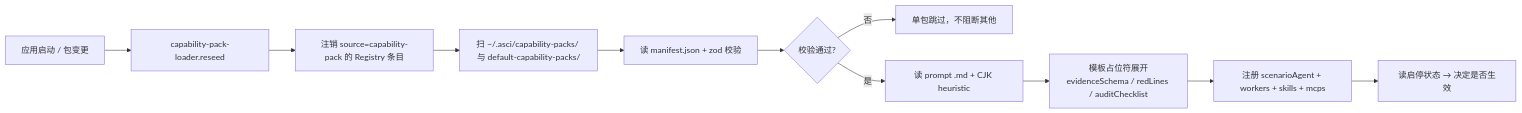
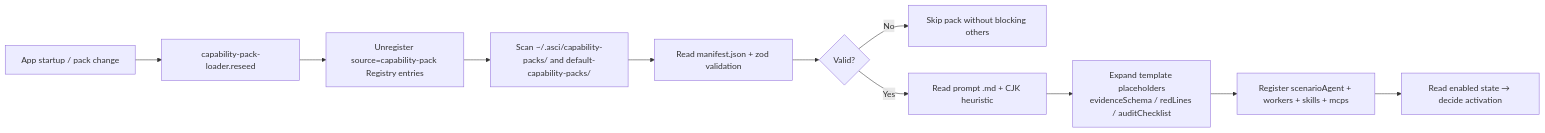
The fifth of 7 diagrams in docs/milestones/0.2/2026-05-26-architecture-overview.md (SimmonJ-WYJ/tinker), drawn with Mermaid before and after one commit. The commit also changed other lines of this file and 216 other files, not shown here.

````diff
--- a/docs/milestones/0.2/2026-05-26-architecture-overview.md
+++ b/docs/milestones/0.2/2026-05-26-architecture-overview.md
@@ -305,13 +353,13 @@
 ```mermaid
 flowchart LR
-  A[应用启动 / 包变更] --> B[capability-pack-loader.reseed]
-  B --> C[注销 source=capability-pack 的 Registry 条目]
-  C --> D[扫 ~/.asci/capability-packs/ 与 default-capability-packs/]
-  D --> E[读 manifest.json + zod 校验]
-  E --> F{校验通过?}
-  F -- 否 --> G[单包跳过，不阻断其他]
-  F -- 是 --> H[读 prompt .md + CJK heuristic]
-  H --> I[模板占位符展开<br/>evidenceSchema / redLines / auditChecklist]
-  I --> J[注册 scenarioAgent + workers + skills + mcps]
-  J --> K[读启停状态 → 决定是否生效]
+  A[App startup / pack change] --> B[capability-pack-loader.reseed]
+  B --> C[Unregister source=capability-pack Registry entries]
+  C --> D[Scan ~/.asci/capability-packs/ and default-capability-packs/]
+  D --> E[Read manifest.json + zod validation]
+  E --> F{Valid?}
+  F -- No --> G[Skip pack without blocking others]
+  F -- Yes --> H[Read prompt .md + CJK heuristic]
+  H --> I[Expand template placeholders<br/>evidenceSchema / redLines / auditChecklist]
+  I --> J[Register scenarioAgent + workers + skills + mcps]
+  J --> K[Read enabled state → decide activation]
 ```
````
